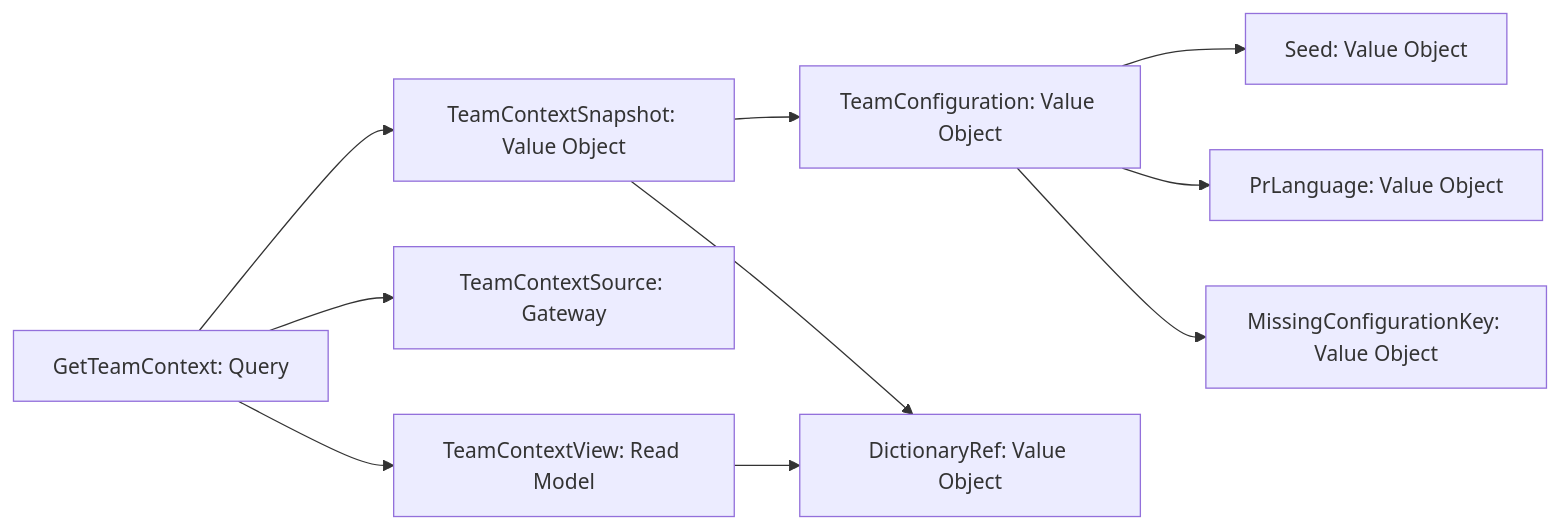
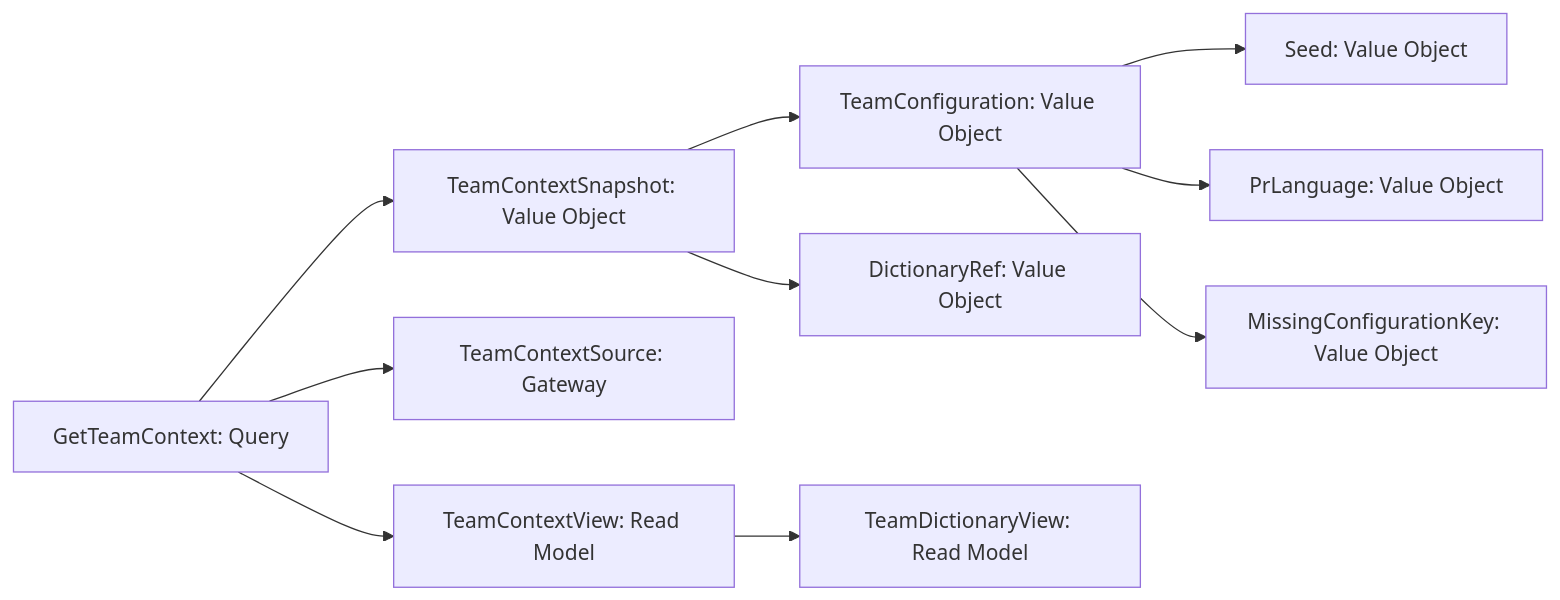
The diagram in docs/architecture/teamcontext.md (freecompub/microcks-foundry), drawn with Mermaid before and after one commit. The commit also changed other lines of this file and 3 other files, not shown here.

````diff
--- a/docs/architecture/teamcontext.md
+++ b/docs/architecture/teamcontext.md
@@ -78,22 +85,23 @@
 ```mermaid
 graph LR
     GetTeamContext[GetTeamContext: Query]
     TeamContextSnapshot[TeamContextSnapshot: Value Object]
     TeamConfiguration[TeamConfiguration: Value Object]
     Seed[Seed: Value Object]
     PrLanguage[PrLanguage: Value Object]
     DictionaryRef[DictionaryRef: Value Object]
     MissingConfigurationKey[MissingConfigurationKey: Value Object]
     TeamContextSource[TeamContextSource: Gateway]
     TeamContextView[TeamContextView: Read Model]
+    TeamDictionaryView[TeamDictionaryView: Read Model]
 
     GetTeamContext --> TeamContextSource
     GetTeamContext --> TeamContextSnapshot
     GetTeamContext --> TeamContextView
     TeamContextSnapshot --> TeamConfiguration
     TeamContextSnapshot --> DictionaryRef
     TeamConfiguration --> Seed
     TeamConfiguration --> PrLanguage
     TeamConfiguration --> MissingConfigurationKey
-    TeamContextView --> DictionaryRef
+    TeamContextView --> TeamDictionaryView
 ```
````
